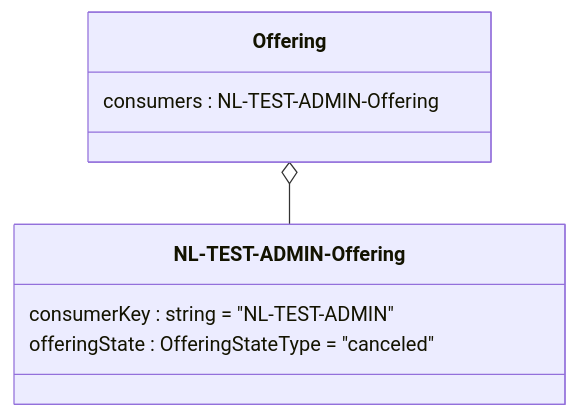
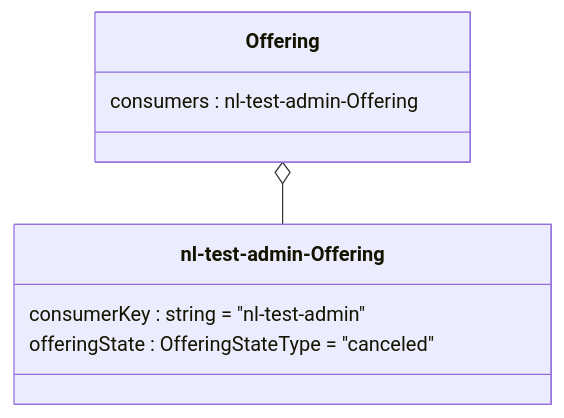
One commit to NetwerkExamineringDigitalisering/NED-OOAPI changed the ninth of 10 diagrams in doc/flow2.md. Above: the diagram before and after it, drawn with Mermaid. The commit also changed other lines of this file and 26 other files, not shown here.

````diff
--- a/doc/flow2.md
+++ b/doc/flow2.md
@@ -427,11 +427,11 @@
 ```mermaid
 classDiagram
     class Offering {
-		consumers : NL-TEST-ADMIN-Offering
+		consumers : nl-test-admin-Offering
     }
-    class `NL-TEST-ADMIN-Offering` {
-    	consumerKey : string = "NL-TEST-ADMIN"
+    class `nl-test-admin-Offering` {
+    	consumerKey : string = "nl-test-admin"
 		offeringState : OfferingStateType = "canceled"
     }
-    Offering o-- `NL-TEST-ADMIN-Offering`
+    Offering o-- `nl-test-admin-Offering`
 ```
````
